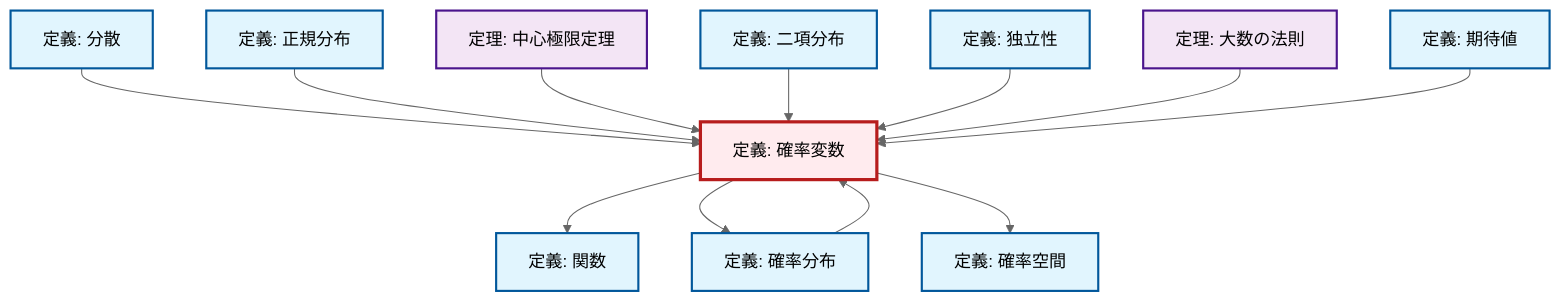
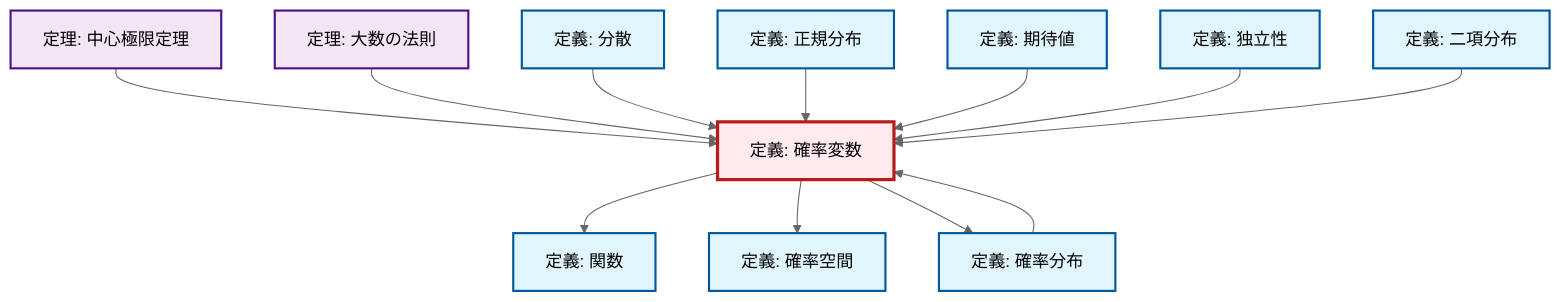
The diagram in content/ja/probability-statistics/def-random-variable.qmd (RK0429/ModernMath), drawn with Mermaid (neutral theme) before and after one commit. The commit also changed other lines of this file and 328 other files, not shown here.

````diff
--- a/content/ja/probability-statistics/def-random-variable.qmd
+++ b/content/ja/probability-statistics/def-random-variable.qmd
@@ -50,42 +50,42 @@
 ```{mermaid}
 %%| fig-cap: "ローカル依存関係グラフ"
 graph TD
     classDef definition fill:#e1f5fe,stroke:#01579b,stroke-width:2px
     classDef theorem fill:#f3e5f5,stroke:#4a148c,stroke-width:2px
     classDef axiom fill:#fff3e0,stroke:#e65100,stroke-width:2px
     classDef example fill:#e8f5e9,stroke:#1b5e20,stroke-width:2px
     classDef current fill:#ffebee,stroke:#b71c1c,stroke-width:3px
+    def-random-variable["定義: 確率変数"]:::definition
+    def-independence["定義: 独立性"]:::definition
     def-normal-distribution["定義: 正規分布"]:::definition
+    def-function["定義: 関数"]:::definition
+    def-variance["定義: 分散"]:::definition
+    thm-central-limit["定理: 中心極限定理"]:::theorem
+    thm-law-of-large-numbers["定理: 大数の法則"]:::theorem
+    def-probability-distribution["定義: 確率分布"]:::definition
     def-probability-space["定義: 確率空間"]:::definition
+    def-expectation["定義: 期待値"]:::definition
     def-binomial-distribution["定義: 二項分布"]:::definition
-    thm-law-of-large-numbers["定理: 大数の法則"]:::theorem
-    def-independence["定義: 独立性"]:::definition
-    def-expectation["定義: 期待値"]:::definition
-    def-function["定義: 関数"]:::definition
-    def-probability-distribution["定義: 確率分布"]:::definition
-    thm-central-limit["定理: 中心極限定理"]:::theorem
-    def-variance["定義: 分散"]:::definition
-    def-random-variable["定義: 確率変数"]:::definition
-    def-variance --> def-random-variable
-    def-normal-distribution --> def-random-variable
     thm-central-limit --> def-random-variable
-    def-binomial-distribution --> def-random-variable
-    def-probability-distribution --> def-random-variable
     def-random-variable --> def-function
-    def-random-variable --> def-probability-distribution
-    def-independence --> def-random-variable
     def-random-variable --> def-probability-space
     thm-law-of-large-numbers --> def-random-variable
+    def-variance --> def-random-variable
+    def-random-variable --> def-probability-distribution
+    def-normal-distribution --> def-random-variable
     def-expectation --> def-random-variable
+    def-independence --> def-random-variable
+    def-probability-distribution --> def-random-variable
+    def-binomial-distribution --> def-random-variable
     class def-random-variable current
+    click def-independence "def-independence.html" "独立性の定義へ"
     click def-normal-distribution "def-normal-distribution.html" "正規分布の定義へ"
+    click def-function "def-function.html" "関数の定義へ"
+    click def-variance "def-variance.html" "分散の定義へ"
+    click thm-central-limit "thm-central-limit.html" "中心極限定理の定理へ"
+    click thm-law-of-large-numbers "thm-law-of-large-numbers.html" "大数の法則の定理へ"
+    click def-probability-distribution "def-probability-distribution.html" "確率分布の定義へ"
     click def-probability-space "def-probability-space.html" "確率空間の定義へ"
+    click def-expectation "def-expectation.html" "期待値の定義へ"
     click def-binomial-distribution "def-binomial-distribution.html" "二項分布の定義へ"
-    click thm-law-of-large-numbers "thm-law-of-large-numbers.html" "大数の法則の定理へ"
-    click def-independence "def-independence.html" "独立性の定義へ"
-    click def-expectation "def-expectation.html" "期待値の定義へ"
-    click def-function "def-function.html" "関数の定義へ"
-    click def-probability-distribution "def-probability-distribution.html" "確率分布の定義へ"
-    click thm-central-limit "thm-central-limit.html" "中心極限定理の定理へ"
-    click def-variance "def-variance.html" "分散の定義へ"
 ```
````
